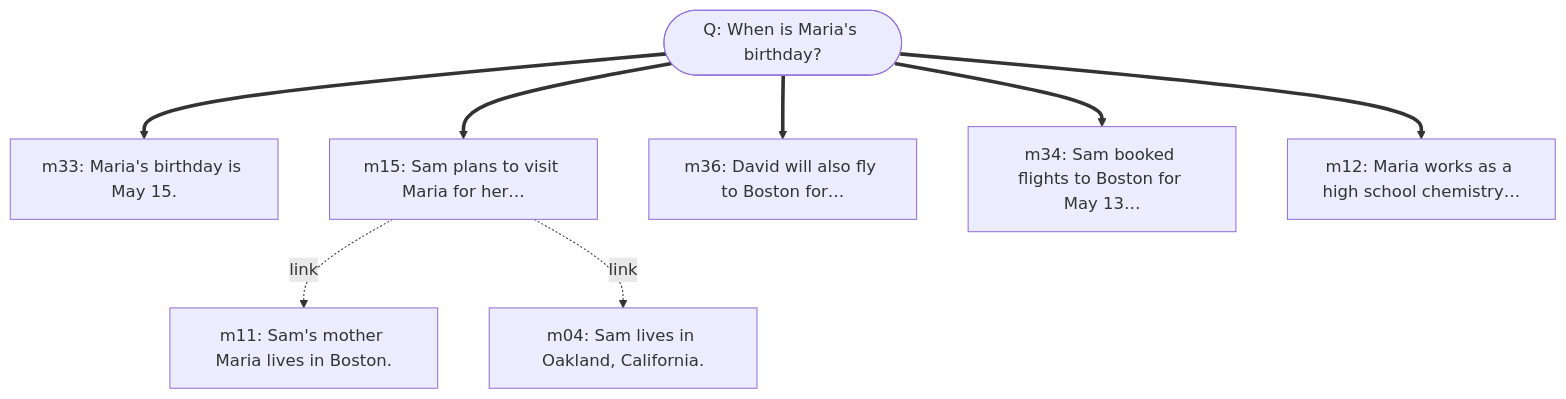
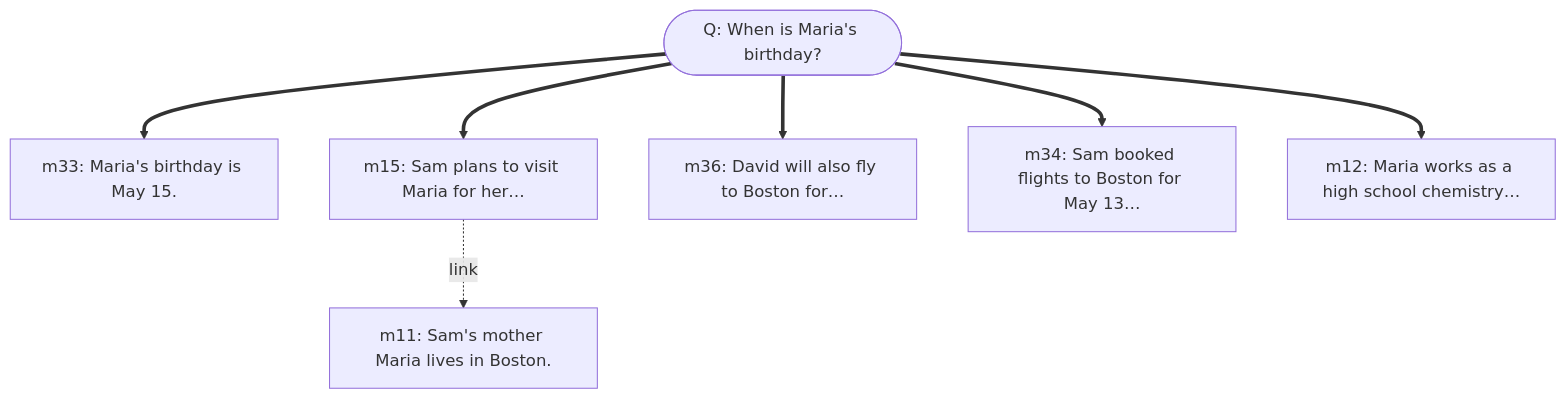
One commit to pandazxx/a-mem-reproduction changed the third of 22 diagrams in results/comparison/amem/traces.md. Above: the diagram before and after it, drawn with Mermaid. The commit also changed other lines of this file and 64 other files, not shown here.

````diff
--- a/results/comparison/amem/traces.md
+++ b/results/comparison/amem/traces.md
@@ -71,18 +69,16 @@
 ```mermaid
 graph TD
     Q(["Q: When is Maria's birthday?"])
     m33["m33: Maria's birthday is May 15."]
     Q ==> m33
     m15["m15: Sam plans to visit Maria for her…"]
     Q ==> m15
     m36["m36: David will also fly to Boston for…"]
     Q ==> m36
     m34["m34: Sam booked flights to Boston for May 13…"]
     Q ==> m34
     m12["m12: Maria works as a high school chemistry…"]
     Q ==> m12
     m11["m11: Sam's mother Maria lives in Boston."]
     m15 -.->|link| m11
-    m04["m04: Sam lives in Oakland, California."]
-    m15 -.->|link| m04
 ```
````
